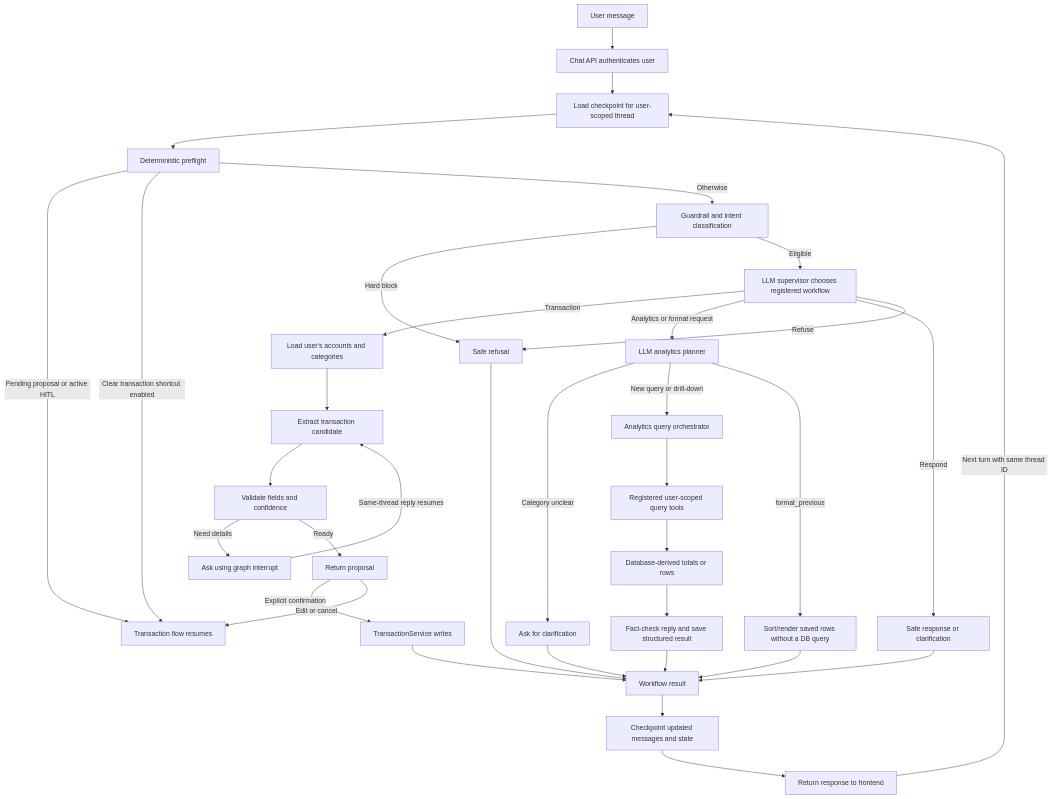
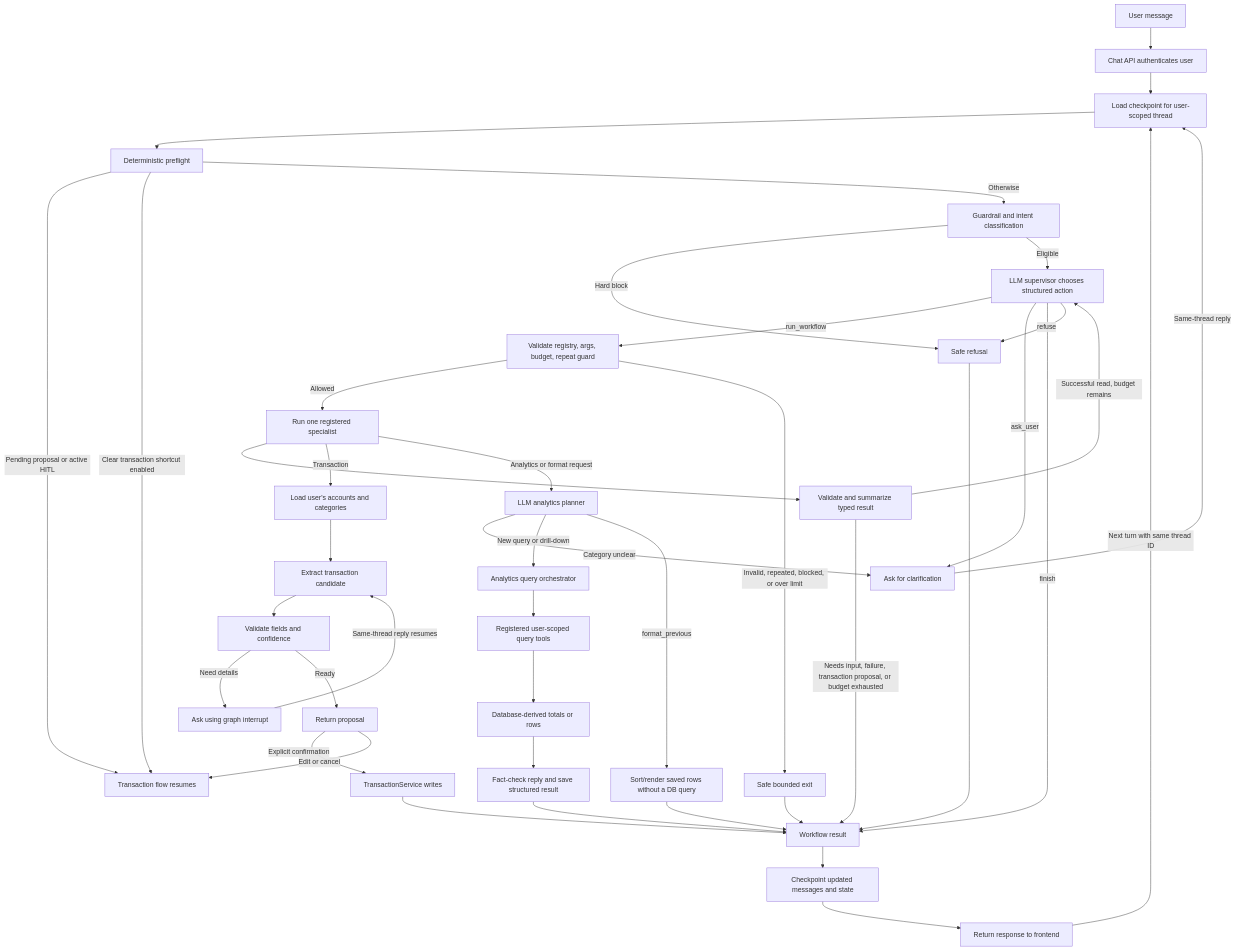
Before and after one commit to HazSyl1/AffordAbled: the first of 2 diagrams in LangGraph_Explained.md, drawn with Mermaid. The commit also changed other lines of this file and 5 other files, not shown here.

Commit message:
feat: add bounded multi-step supervisor loop

````diff
--- a/LangGraph_Explained.md
+++ b/LangGraph_Explained.md
@@ -45,41 +50,49 @@
 ```mermaid
 flowchart TD
     U[User message] --> API[Chat API authenticates user]
     API --> CK[Load checkpoint for user-scoped thread]
     CK --> PRE[Deterministic preflight]
 
     PRE -->|Pending proposal or active HITL| TX[Transaction flow resumes]
     PRE -->|Clear transaction shortcut enabled| TX
     PRE -->|Otherwise| SAFE[Guardrail and intent classification]
     SAFE -->|Hard block| REF[Safe refusal]
-    SAFE -->|Eligible| SUP[LLM supervisor chooses registered workflow]
+    SAFE -->|Eligible| SUP[LLM supervisor chooses structured action]
 
-    SUP -->|Transaction| CTX[Load user's accounts and categories]
+    SUP -->|run_workflow| DISP[Validate registry, args, budget, repeat guard]
+    DISP -->|Allowed| SPECIALIST[Run one registered specialist]
+    SPECIALIST --> OBS[Validate and summarize typed result]
+    OBS -->|Successful read, budget remains| SUP
+    OBS -->|Needs input, failure, transaction proposal, or budget exhausted| OUT
+    SUP -->|ask_user| ASK[Checkpointed interrupt]
+    ASK -->|Same-thread reply| CK
+    SUP -->|finish| OUT
+    SUP -->|refuse| REF
+
+    SPECIALIST -->|Transaction| CTX[Load user's accounts and categories]
     CTX --> EX[Extract transaction candidate]
     EX --> EVAL[Validate fields and confidence]
     EVAL -->|Need details| HITL[Ask using graph interrupt]
     HITL -->|Same-thread reply resumes| EX
     EVAL -->|Ready| CARD[Return proposal]
     CARD -->|Explicit confirmation| WRITE[TransactionService writes]
     CARD -->|Edit or cancel| TX
     WRITE --> OUT[Workflow result]
 
-    SUP -->|Analytics or format request| PLAN[LLM analytics planner]
+    SPECIALIST -->|Analytics or format request| PLAN[LLM analytics planner]
     PLAN -->|Category unclear| ASK[Ask for clarification]
     PLAN -->|New query or drill-down| ORCH[Analytics query orchestrator]
     ORCH --> TOOLS[Registered user-scoped query tools]
     TOOLS --> FACTS[Database-derived totals or rows]
     FACTS --> FINAL[Fact-check reply and save structured result]
     FINAL --> OUT
     PLAN -->|format_previous| FORMAT[Sort/render saved rows without a DB query]
     FORMAT --> OUT
 
-    SUP -->|Respond| ANSWER[Safe response or clarification]
-    SUP -->|Refuse| REF
+    DISP -->|Invalid, repeated, blocked, or over limit| ANSWER[Safe bounded exit]
     REF --> OUT
-    ASK --> OUT
     ANSWER --> OUT
     OUT --> SAVE[Checkpoint updated messages and state]
     SAVE --> UI[Return response to frontend]
     UI -->|Next turn with same thread ID| CK
 ```
````
